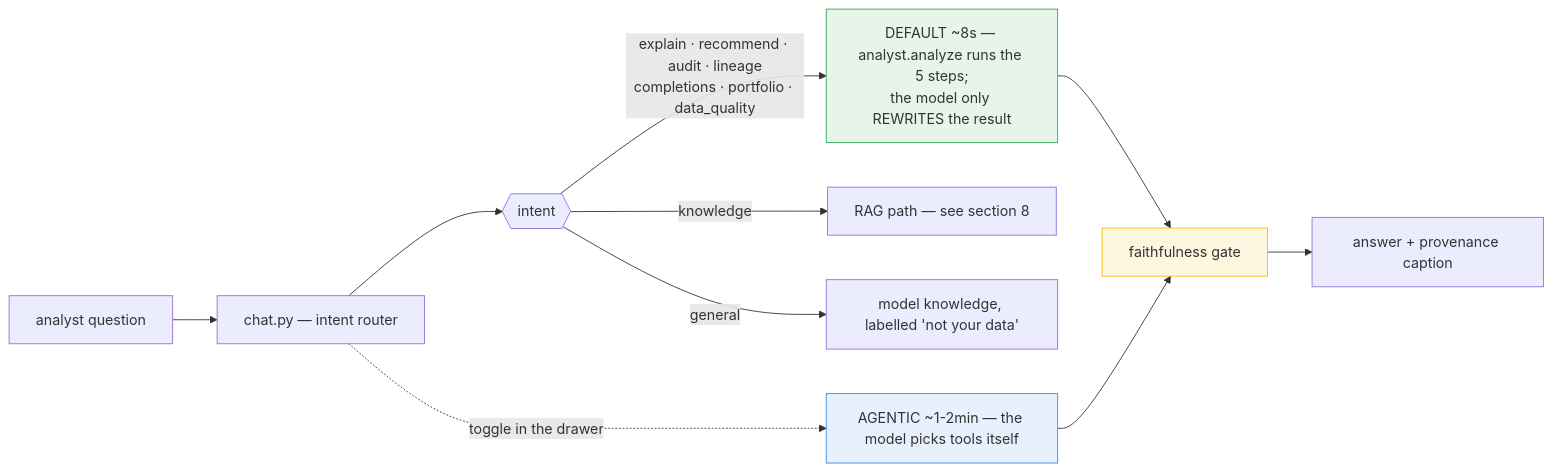
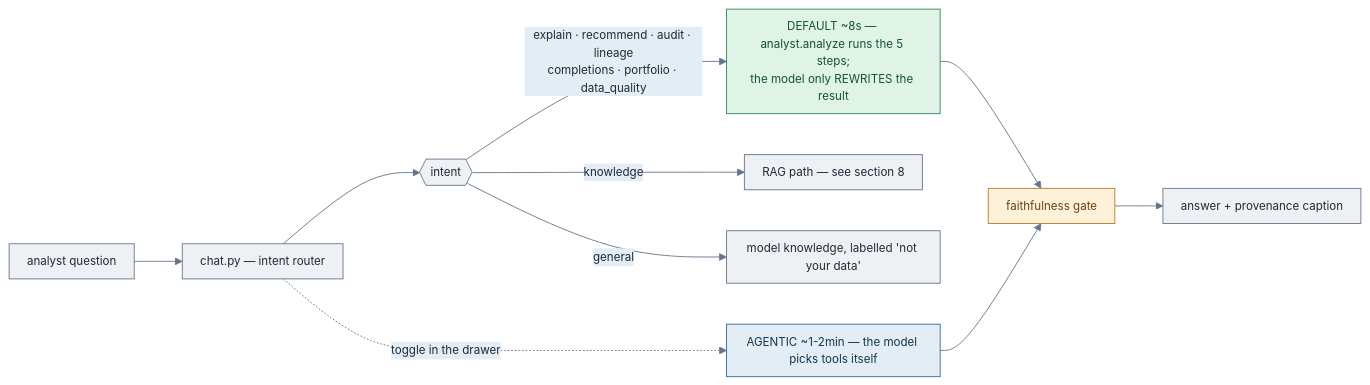
Before and after one commit to vamshi455/vrr-agent-open: the sixth of 19 diagrams in README.md, drawn with Mermaid. The commit also changed other lines of this file and 2 other files, not shown here.

````diff
--- a/README.md
+++ b/README.md
@@ -422,18 +468,22 @@
 ```mermaid
+%%{init: {'theme':'base','themeVariables':{'fontFamily':'ui-sans-serif, system-ui, -apple-system, sans-serif','fontSize':'13px','lineColor':'#64748b','primaryColor':'#eef1f4','primaryTextColor':'#1f2937','primaryBorderColor':'#64748b','secondaryColor':'#e3edf6','tertiaryColor':'#eef1f4'},'flowchart':{'htmlLabels':true,'padding':10,'nodeSpacing':46,'rankSpacing':54,'curve':'basis','useMaxWidth':true},'sequence':{'useMaxWidth':true,'boxMargin':8}}}%%
 flowchart LR
     Q["analyst question"] --> ROUTER["chat.py — intent router"]
     ROUTER --> I{{"intent"}}
     I -->|"explain · recommend · audit · lineage<br/>completions · portfolio · data_quality"| DEFAULT
     I -->|"knowledge"| RAG["RAG path — see section 8"]
     I -->|"general"| GEN["model knowledge, labelled 'not your data'"]
     DEFAULT["DEFAULT ~8s — analyst.analyze runs the 5 steps;<br/>the model only REWRITES the result"]
     AGENTIC["AGENTIC ~1-2min — the model picks tools itself"]
     DEFAULT --> GATE2["faithfulness gate"]
     AGENTIC --> GATE2
     ROUTER -.->|"toggle in the drawer"| AGENTIC
     GATE2 --> ANS["answer + provenance caption"]
 
-    style DEFAULT fill:#e6f4ea,stroke:#34a853
-    style AGENTIC fill:#e8f0fe,stroke:#4285f4
-    style GATE2 fill:#fef7e0,stroke:#fbbc04
+    classDef ok fill:#dff3e6,stroke:#2f855a,stroke-width:1px,color:#14532d;
+    classDef data fill:#e3edf6,stroke:#2d6b91,stroke-width:1px,color:#12374d;
+    classDef warn fill:#fdf2d9,stroke:#b7791f,stroke-width:1px,color:#713f12;
+    class DEFAULT ok;
+    class AGENTIC data;
+    class GATE2 warn;
 ```
````
